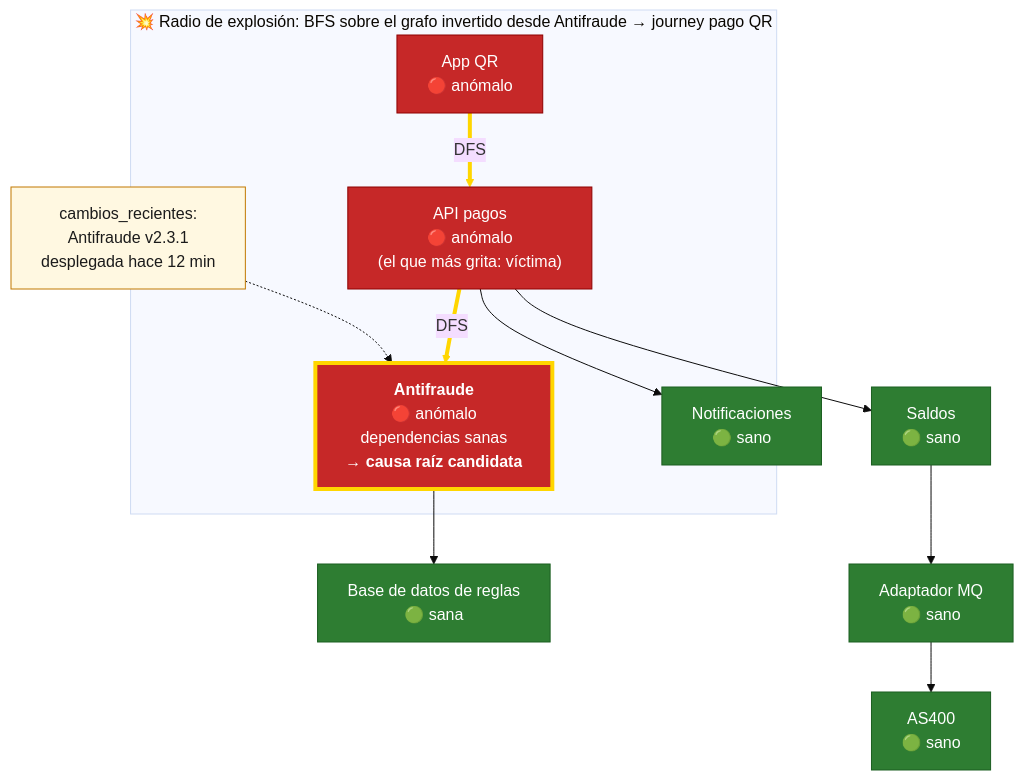
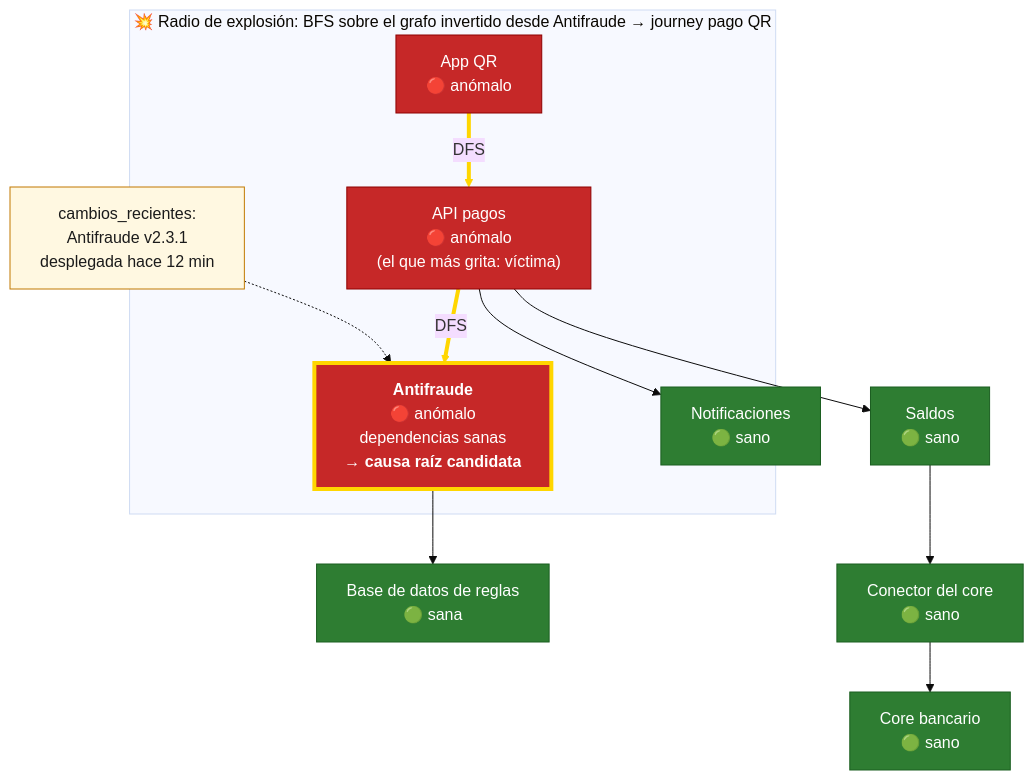
Before and after one commit to locosebas/necesidadesYGrafos: the tenth of 12 diagrams in devops-senior/temas/25-davivienda-sre-observabilidad/presentacion-libreto.md, drawn with Mermaid (base theme). The commit also changed other lines of this file and 2 other files, not shown here.

Commit message:
D30: quitar AS400 e IBM MQ de la presentación (el caso no los menciona); hablar del core bancario

````diff
--- a/devops-senior/temas/25-davivienda-sre-observabilidad/presentacion-libreto.md
+++ b/devops-senior/temas/25-davivienda-sre-observabilidad/presentacion-libreto.md
@@ -634,33 +634,33 @@
 ```mermaid
 flowchart TB
     subgraph radio["💥 Radio de explosión: BFS sobre el grafo invertido desde Antifraude → journey pago QR"]
         app["App QR<br/>🔴 anómalo"]
         api["API pagos<br/>🔴 anómalo<br/>(el que más grita: víctima)"]
         anti["<b>Antifraude</b><br/>🔴 anómalo<br/>dependencias sanas<br/>→ <b>causa raíz candidata</b>"]
     end
 
     saldos["Saldos<br/>🟢 sano"]
     notif["Notificaciones<br/>🟢 sano"]
     db["Base de datos de reglas<br/>🟢 sana"]
-    mq["Adaptador MQ<br/>🟢 sano"]
-    as400["AS400<br/>🟢 sano"]
+    mq["Conector del core<br/>🟢 sano"]
+    as400["Core bancario<br/>🟢 sano"]
     cambio["cambios_recientes:<br/>Antifraude v2.3.1<br/>desplegada hace 12 min"]
 
     app == "DFS" ==> api
     api == "DFS" ==> anti
     api --> saldos
     api --> notif
     anti --> db
     saldos --> mq --> as400
     cambio -.-> anti
 
     classDef rojo fill:#c62828,stroke:#8e0000,color:#ffffff
     classDef causa fill:#c62828,stroke:#ffd600,color:#ffffff,stroke-width:4px
     classDef verde fill:#2e7d32,stroke:#1b5e20,color:#ffffff
     classDef nota fill:#fff8e1,stroke:#c17900,color:#1b1b1b
     class app,api rojo
     class anti causa
     class saldos,notif,db,mq,as400 verde
     class cambio nota
     linkStyle 0,1 stroke:#ffd600,stroke-width:4px
 ```
````
